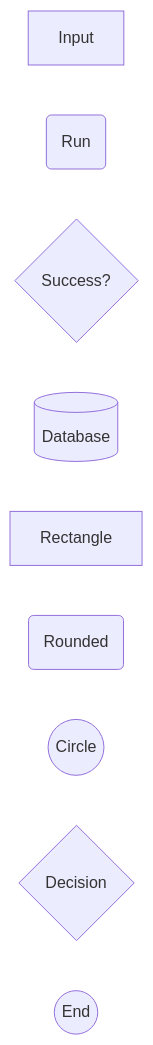
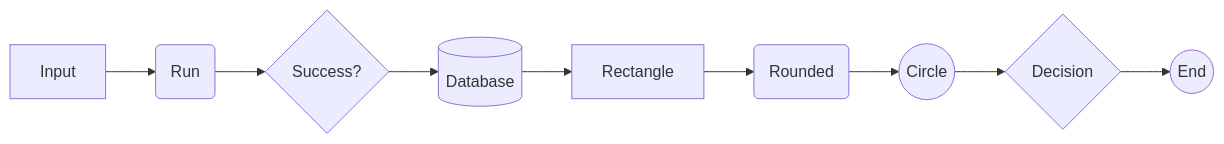
Before and after one commit to punitkatiyar/markdown-master-guide: the diagram in 03.diagrams/readme.md, drawn with Mermaid.

````diff
--- a/03.diagrams/readme.md
+++ b/03.diagrams/readme.md
@@ -14,12 +14,21 @@
 ```mermaid
 flowchart LR
 A[Input]
 B(Run)
 C{Success?}
 D[(Database)]
 E[Rectangle]
 F(Rounded)
 G((Circle))
 H{Decision}
 I((End))
+
+A --> B
+B --> C
+C --> D
+D --> E
+E --> F
+F --> G
+G --> H
+H --> I
 ```
````
